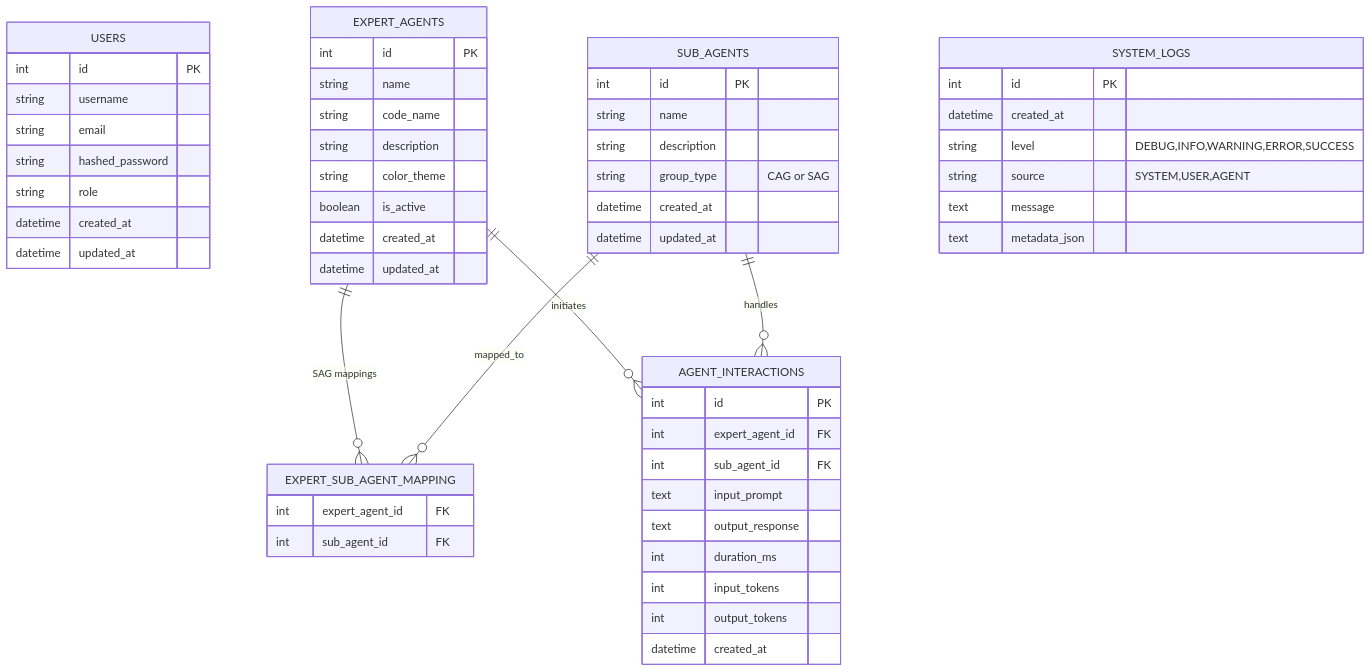
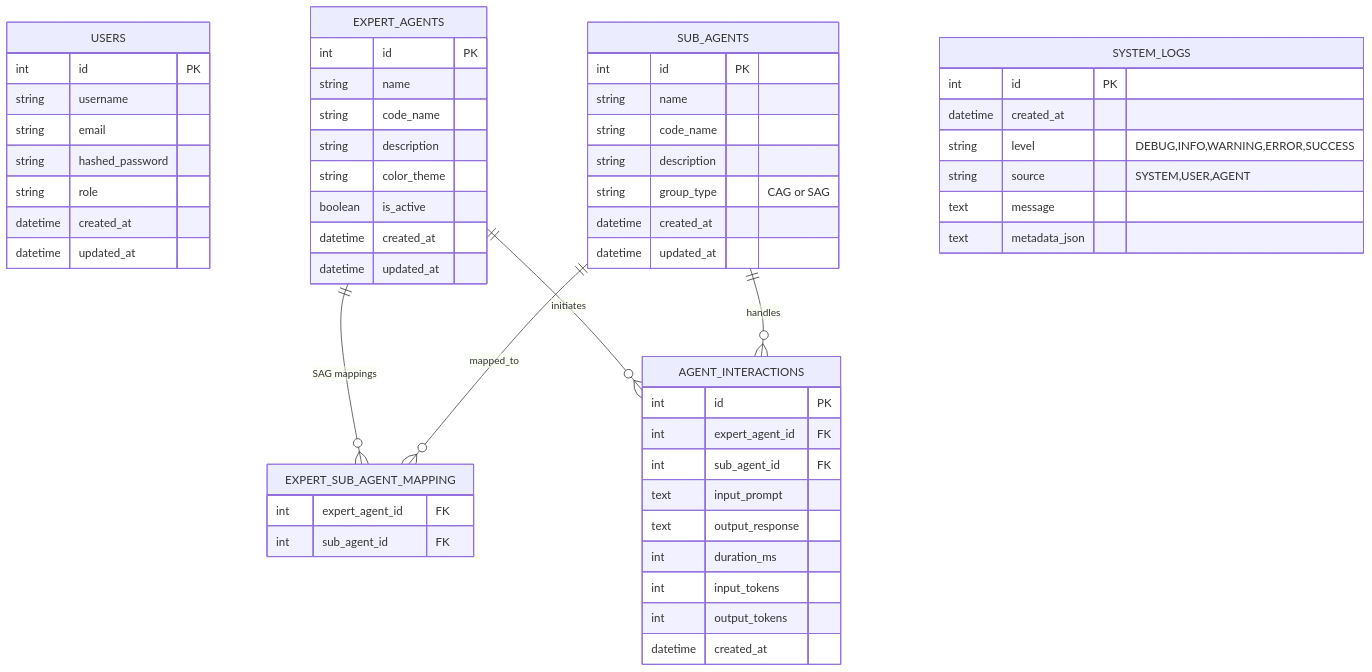
The second of 2 diagrams in SPEC.md (sanjivscenterxdags/UI_AppsFrame), drawn with Mermaid before and after one commit. The commit also changed other lines of this file, not shown here.

````diff
--- a/SPEC.md
+++ b/SPEC.md
@@ -125,58 +127,59 @@
 ```mermaid
 erDiagram
     USERS {
         int id PK
         string username
         string email
         string hashed_password
         string role
         datetime created_at
         datetime updated_at
     }
     EXPERT_AGENTS {
         int id PK
         string name
         string code_name
         string description
         string color_theme
         boolean is_active
         datetime created_at
         datetime updated_at
     }
     SUB_AGENTS {
         int id PK
         string name
+        string code_name
         string description
         string group_type "CAG or SAG"
         datetime created_at
         datetime updated_at
     }
     EXPERT_SUB_AGENT_MAPPING {
         int expert_agent_id FK
         int sub_agent_id FK
     }
     AGENT_INTERACTIONS {
         int id PK
         int expert_agent_id FK
         int sub_agent_id FK
         text input_prompt
         text output_response
         int duration_ms
         int input_tokens
         int output_tokens
         datetime created_at
     }
     SYSTEM_LOGS {
         int id PK
         datetime created_at
         string level "DEBUG,INFO,WARNING,ERROR,SUCCESS"
         string source "SYSTEM,USER,AGENT"
         text message
         text metadata_json
     }
 
     EXPERT_AGENTS ||--o{ EXPERT_SUB_AGENT_MAPPING : "SAG mappings"
     SUB_AGENTS ||--o{ EXPERT_SUB_AGENT_MAPPING : "mapped_to"
     EXPERT_AGENTS ||--o{ AGENT_INTERACTIONS : "initiates"
     SUB_AGENTS ||--o{ AGENT_INTERACTIONS : "handles"
 ```
````
